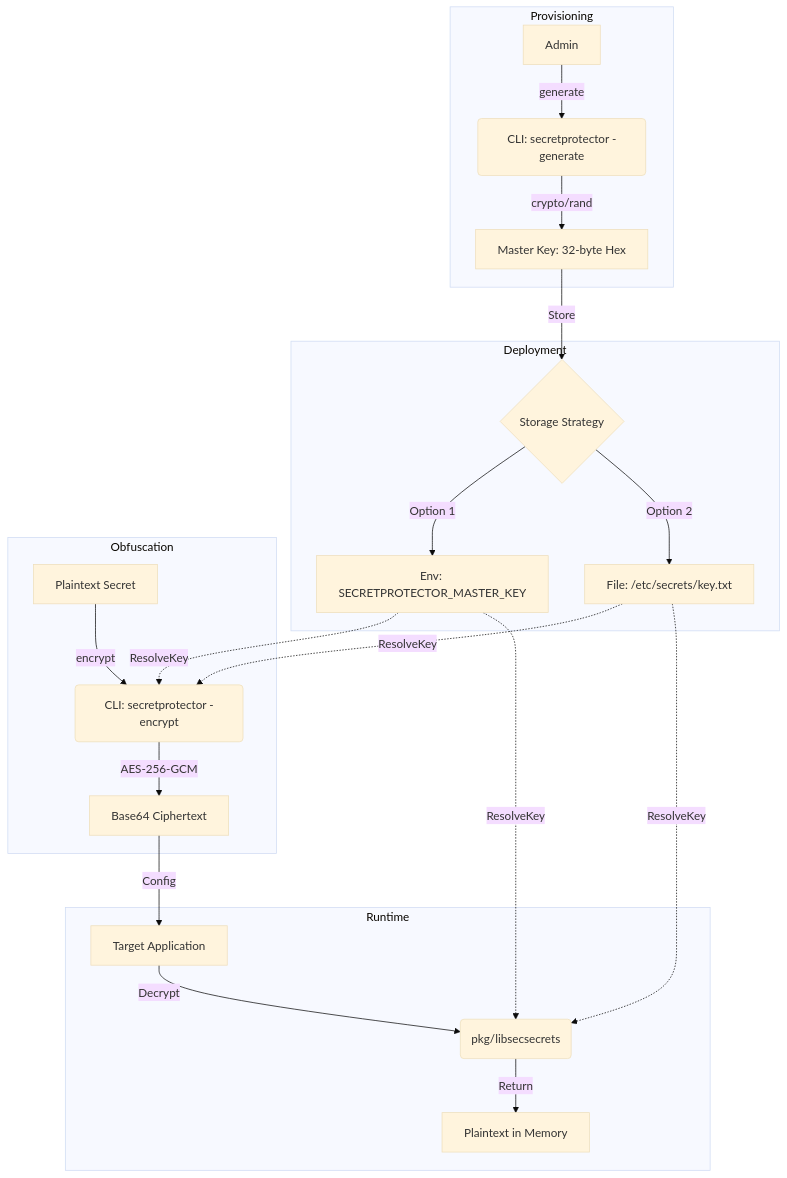
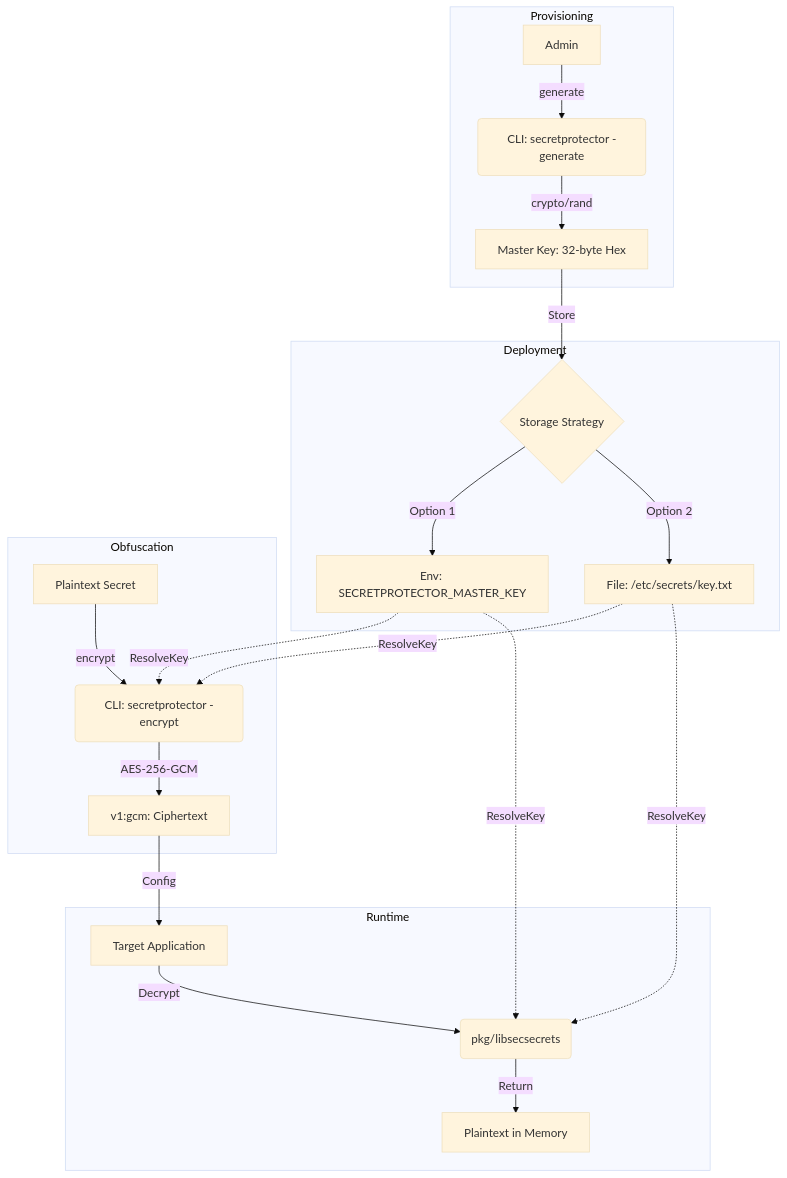
One commit to edsilegxrepo/secretprotector changed the second of 5 diagrams in ARCHITECTURE.md. Above: the diagram before and after it, drawn with Mermaid (base theme). The commit also changed 4 other files, not shown here.

````diff
--- a/ARCHITECTURE.md
+++ b/ARCHITECTURE.md
@@ -117,26 +117,26 @@
 ```mermaid
 graph TD
     subgraph Provisioning
         A[Admin] -->|generate| B("CLI: secretprotector -generate")
         B -->|crypto/rand| C[Master Key: 32-byte Hex]
     end
 
     subgraph Deployment
         C -->|Store| D{Storage Strategy}
         D -->|Option 1| E[Env: SECRETPROTECTOR_MASTER_KEY]
         D -->|Option 2| F["File: /etc/secrets/key.txt"]
     end
 
     subgraph Obfuscation
         G[Plaintext Secret] -->|encrypt| H("CLI: secretprotector -encrypt")
         E & F -.->|ResolveKey| H
-        H -->|AES-256-GCM| I[Base64 Ciphertext]
+        H -->|AES-256-GCM| I[v1:gcm: Ciphertext]
     end
 
     subgraph Runtime
         I -->|Config| J[Target Application]
         E & F -.->|ResolveKey| K(pkg/libsecsecrets)
         J -->|Decrypt| K
         K -->|Return| L[Plaintext in Memory]
     end
 ```
````
